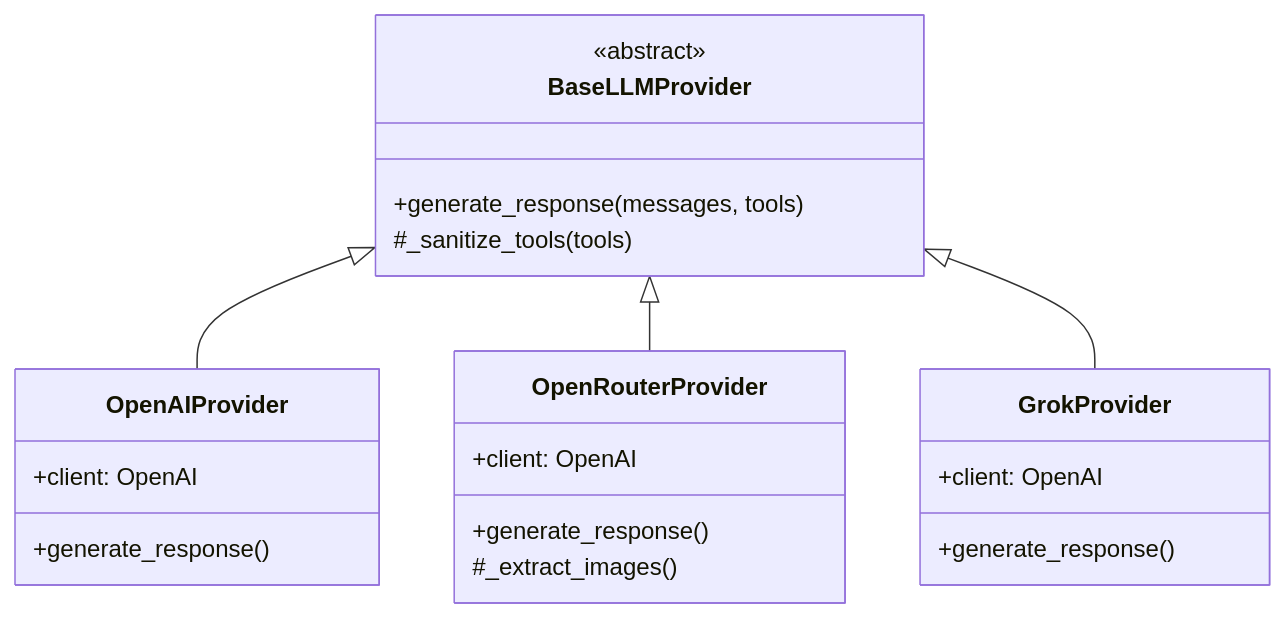
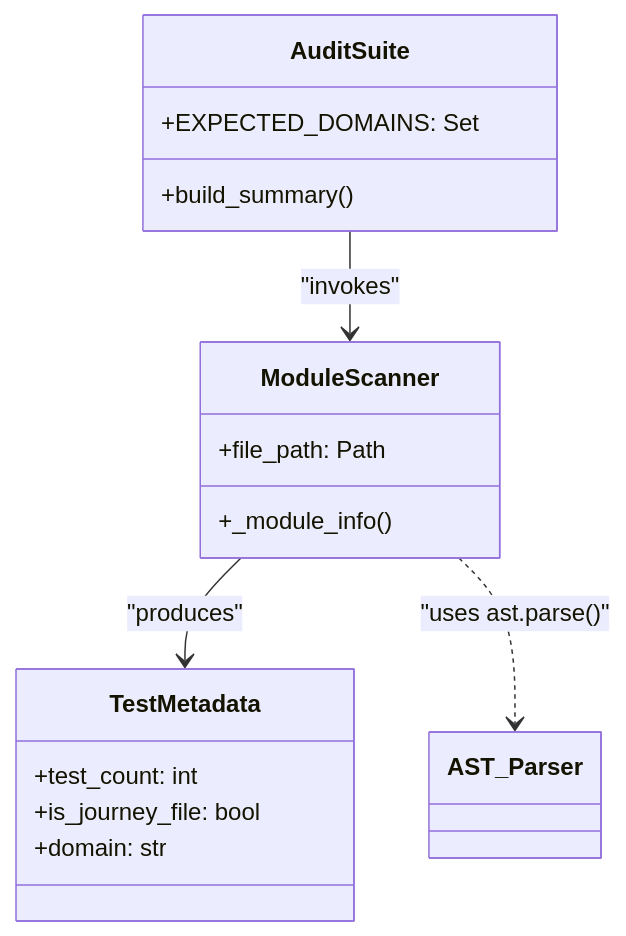
The second of 2 diagrams in docs/backend-architecture/testing-infrastructure.md (AutomatosAI/automatos-ai), drawn with Mermaid before and after one commit. The commit also changed other lines of this file and 153 other files, not shown here.

````diff
--- a/docs/backend-architecture/testing-infrastructure.md
+++ b/docs/backend-architecture/testing-infrastructure.md
@@ -136,24 +98,19 @@
 ```mermaid
 classDiagram
-    class BaseLLMProvider {
-        <<abstract>>
-        +generate_response(messages, tools)
-        #_sanitize_tools(tools)
+    class AuditSuite {
+        +EXPECTED_DOMAINS: Set
+        +build_summary()
     }
-    class OpenAIProvider {
-        +client: OpenAI
-        +generate_response()
+    class ModuleScanner {
+        +file_path: Path
+        +_module_info()
     }
-    class OpenRouterProvider {
-        +client: OpenAI
-        +generate_response()
-        #_extract_images()
+    class TestMetadata {
+        +test_count: int
+        +is_journey_file: bool
+        +domain: str
     }
-    class GrokProvider {
-        +client: OpenAI
-        +generate_response()
-    }
-    BaseLLMProvider <|-- OpenAIProvider
-    BaseLLMProvider <|-- OpenRouterProvider
-    BaseLLMProvider <|-- GrokProvider
+    AuditSuite --> ModuleScanner : "invokes"
+    ModuleScanner --> TestMetadata : "produces"
+    ModuleScanner ..> AST_Parser : "uses ast.parse()"
 ```
````
